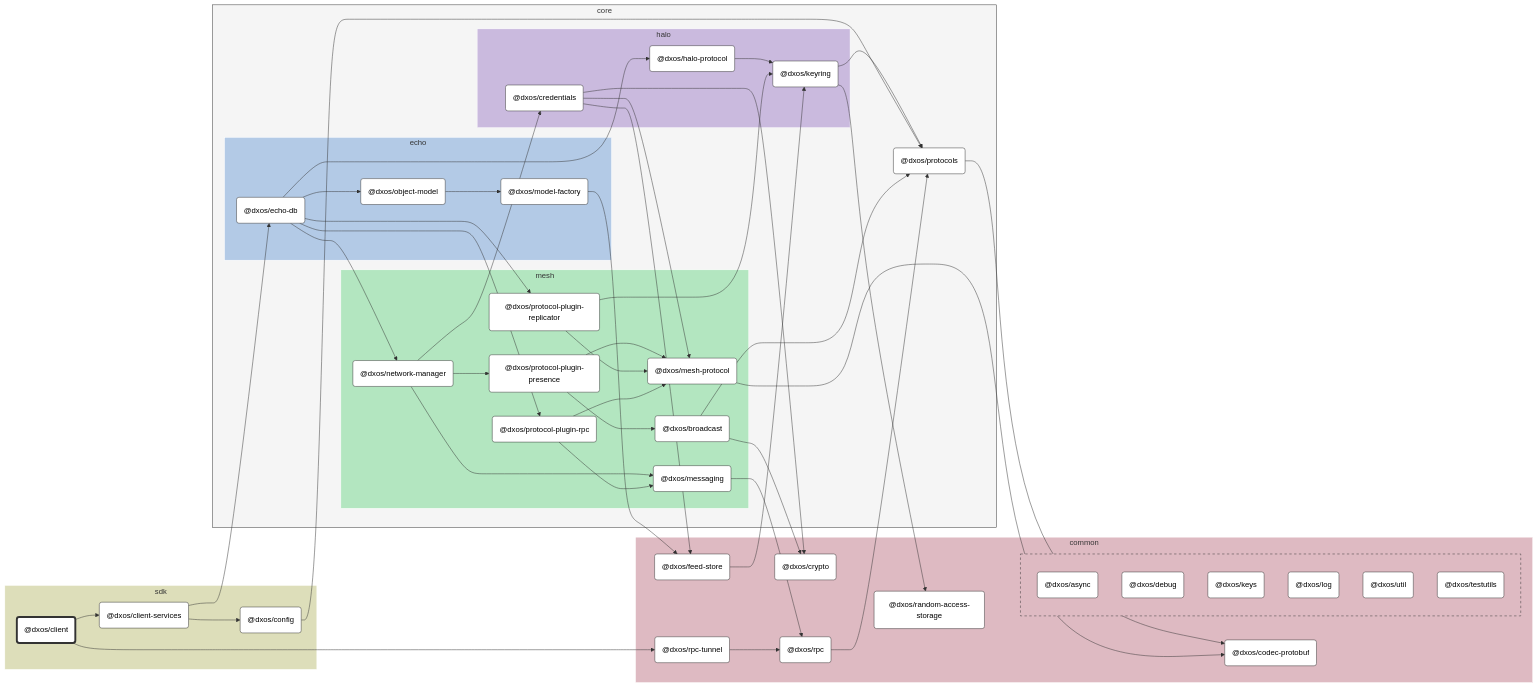
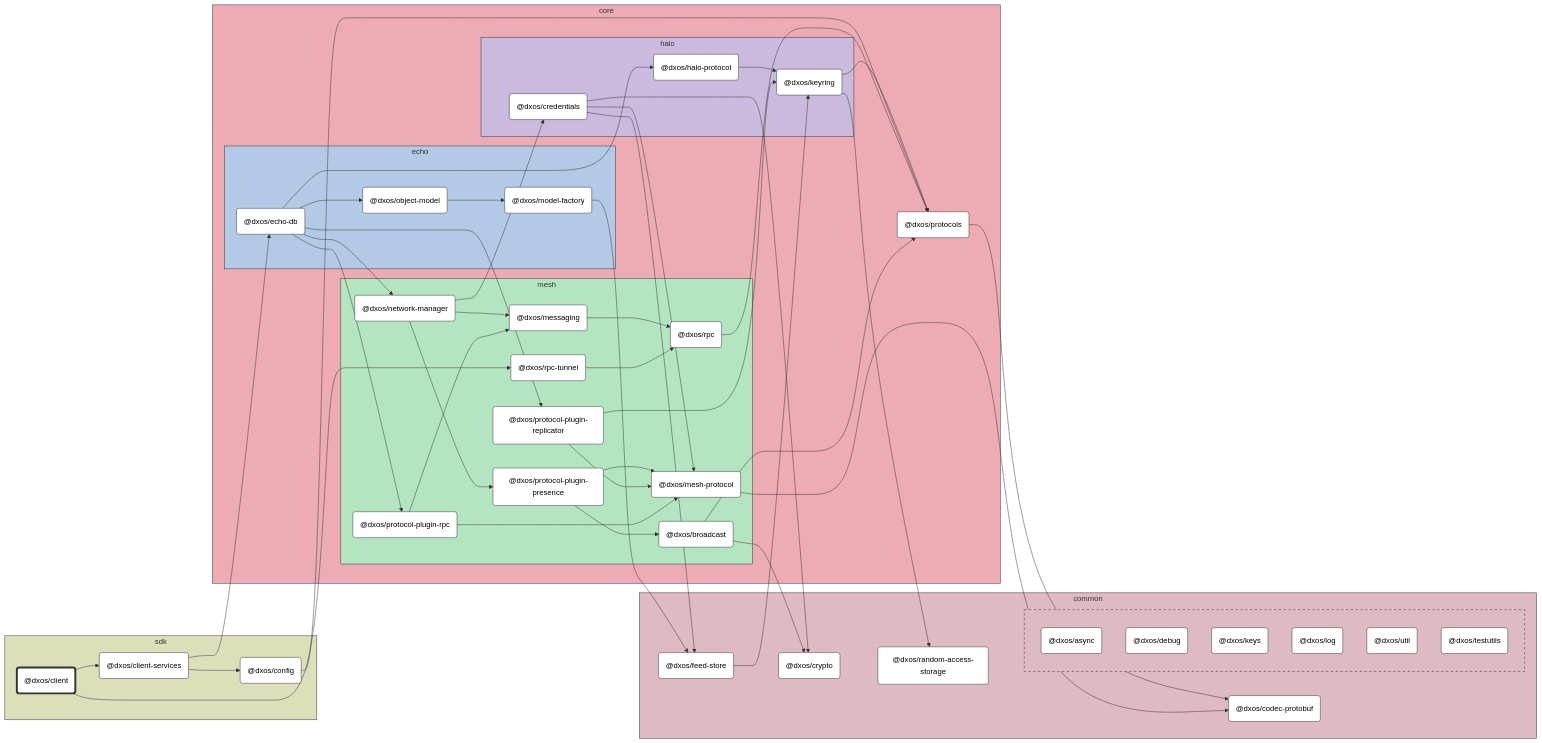
The diagram in packages/sdk/client/docs/README.md (dxos/dxos), drawn with Mermaid (neutral theme) before and after one commit. The commit also changed other lines of this file and 89 other files, not shown here.

```diff
--- a/packages/sdk/client/docs/README.md
+++ b/packages/sdk/client/docs/README.md
@@ -16,7 +16,7 @@
 %% Nodes
 
 subgraph sdk [sdk]
-  style sdk fill:#dddeba,stroke:#fff
+  style sdk fill:#dddeba,stroke:#333
   dxos/client("@dxos/client"):::root
   click dxos/client "dxos/dxos/tree/main/packages/sdk/client/docs"
   dxos/client-services("@dxos/client-services"):::def
@@ -26,7 +26,7 @@
 end
 
 subgraph common [common]
-  style common fill:#debac2,stroke:#fff
+  style common fill:#debac2,stroke:#333
   dxos/codec-protobuf("@dxos/codec-protobuf"):::def
   click dxos/codec-protobuf "dxos/dxos/tree/main/packages/common/codec-protobuf/docs"
   dxos/crypto("@dxos/crypto"):::def
@@ -35,13 +35,9 @@
   click dxos/feed-store "dxos/dxos/tree/main/packages/common/feed-store/docs"
   dxos/random-access-storage("@dxos/random-access-storage"):::def
   click dxos/random-access-storage "dxos/dxos/tree/main/packages/common/random-access-storage/docs"
-  dxos/rpc("@dxos/rpc"):::def
-  click dxos/rpc "dxos/dxos/tree/main/packages/core/mesh/rpc/docs"
-  dxos/rpc-tunnel("@dxos/rpc-tunnel"):::def
-  click dxos/rpc-tunnel "dxos/dxos/tree/main/packages/core/mesh/rpc-tunnel/docs"
 
-  subgraph common-excluded [ ]
-    style common-excluded fill:#debac2,stroke:#333,stroke-dasharray:5 5
+  subgraph _ [ ]
+    style _ fill:#debac2,stroke:#333,stroke-dasharray:5 5
     dxos/async("@dxos/async"):::def
     click dxos/async "dxos/dxos/tree/main/packages/common/async/docs"
     dxos/debug("@dxos/debug"):::def
@@ -58,12 +54,12 @@
 end
 
 subgraph core [core]
-  style core fill:#f5f5f5,stroke:#333
+  style core fill:#edabb3,stroke:#333
   dxos/protocols("@dxos/protocols"):::def
   click dxos/protocols "dxos/dxos/tree/main/packages/core/protocols/docs"
 
   subgraph halo [halo]
-    style halo fill:#cabade,stroke:#fff
+    style halo fill:#cabade,stroke:#333
     dxos/credentials("@dxos/credentials"):::def
     click dxos/credentials "dxos/dxos/tree/main/packages/core/halo/credentials/docs"
     dxos/keyring("@dxos/keyring"):::def
@@ -73,11 +69,13 @@
   end
 
   subgraph mesh [mesh]
-    style mesh fill:#b3e6c0,stroke:#fff
+    style mesh fill:#b3e6c0,stroke:#333
     dxos/mesh-protocol("@dxos/mesh-protocol"):::def
     click dxos/mesh-protocol "dxos/dxos/tree/main/packages/core/mesh/mesh-protocol/docs"
     dxos/messaging("@dxos/messaging"):::def
     click dxos/messaging "dxos/dxos/tree/main/packages/core/mesh/messaging/docs"
+    dxos/rpc("@dxos/rpc"):::def
+    click dxos/rpc "dxos/dxos/tree/main/packages/core/mesh/rpc/docs"
     dxos/network-manager("@dxos/network-manager"):::def
     click dxos/network-manager "dxos/dxos/tree/main/packages/core/mesh/network-manager/docs"
     dxos/protocol-plugin-presence("@dxos/protocol-plugin-presence"):::def
@@ -88,10 +86,12 @@
     click dxos/protocol-plugin-replicator "dxos/dxos/tree/main/packages/core/mesh/protocol-plugin-replicator/docs"
     dxos/protocol-plugin-rpc("@dxos/protocol-plugin-rpc"):::def
     click dxos/protocol-plugin-rpc "dxos/dxos/tree/main/packages/core/mesh/protocol-plugin-rpc/docs"
+    dxos/rpc-tunnel("@dxos/rpc-tunnel"):::def
+    click dxos/rpc-tunnel "dxos/dxos/tree/main/packages/core/mesh/rpc-tunnel/docs"
   end
 
   subgraph echo [echo]
-    style echo fill:#b3cae6,stroke:#fff
+    style echo fill:#b3cae6,stroke:#333
     dxos/echo-db("@dxos/echo-db"):::def
     click dxos/echo-db "dxos/dxos/tree/main/packages/core/echo/echo-db/docs"
     dxos/model-factory("@dxos/model-factory"):::def
@@ -99,7 +99,6 @@
     dxos/object-model("@dxos/object-model"):::def
     click dxos/object-model "dxos/dxos/tree/main/packages/core/echo/object-model/docs"
   end
-
 end
 
 %% Links
```
